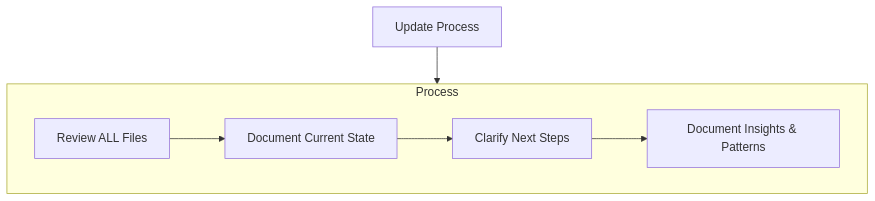
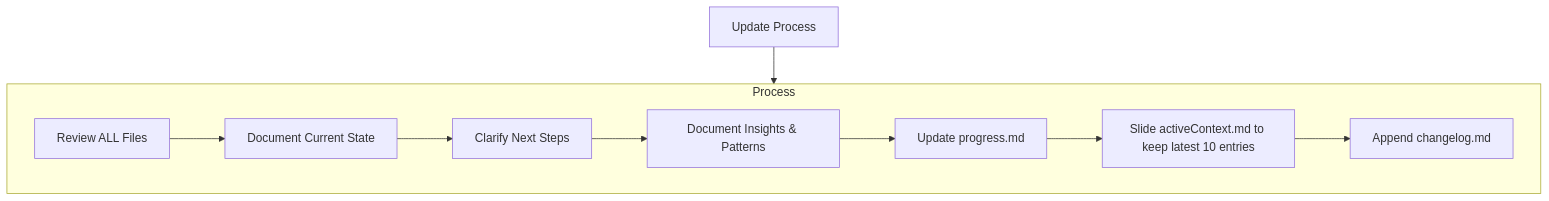
One commit to magne/albatross changed the fourth of 4 diagrams in .clinerules/01-memory-bank.md. Above: the diagram before and after it, drawn with Mermaid. The commit also changed other lines of this file and 8 other files, not shown here.

````diff
--- a/.clinerules/01-memory-bank.md
+++ b/.clinerules/01-memory-bank.md
@@ -116,15 +146,18 @@
 ```mermaid
 flowchart TD
-Start[Update Process]
-
+    Start[Update Process]
+    
     subgraph Process
         P1[Review ALL Files]
         P2[Document Current State]
         P3[Clarify Next Steps]
         P4[Document Insights & Patterns]
+        P5[Update progress.md]
+        P6[Slide activeContext.md to keep latest 10 entries]
+        P7[Append changelog.md]
 
-        P1 --> P2 --> P3 --> P4
+        P1 --> P2 --> P3 --> P4 --> P5 --> P6 --> P7
     end
-
+    
     Start --> Process
 ```
````
